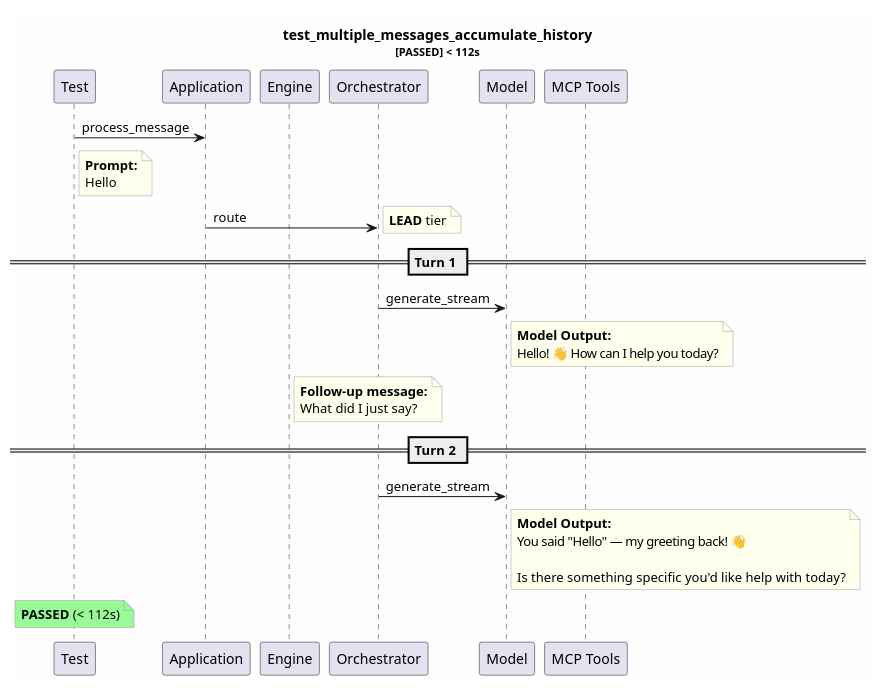
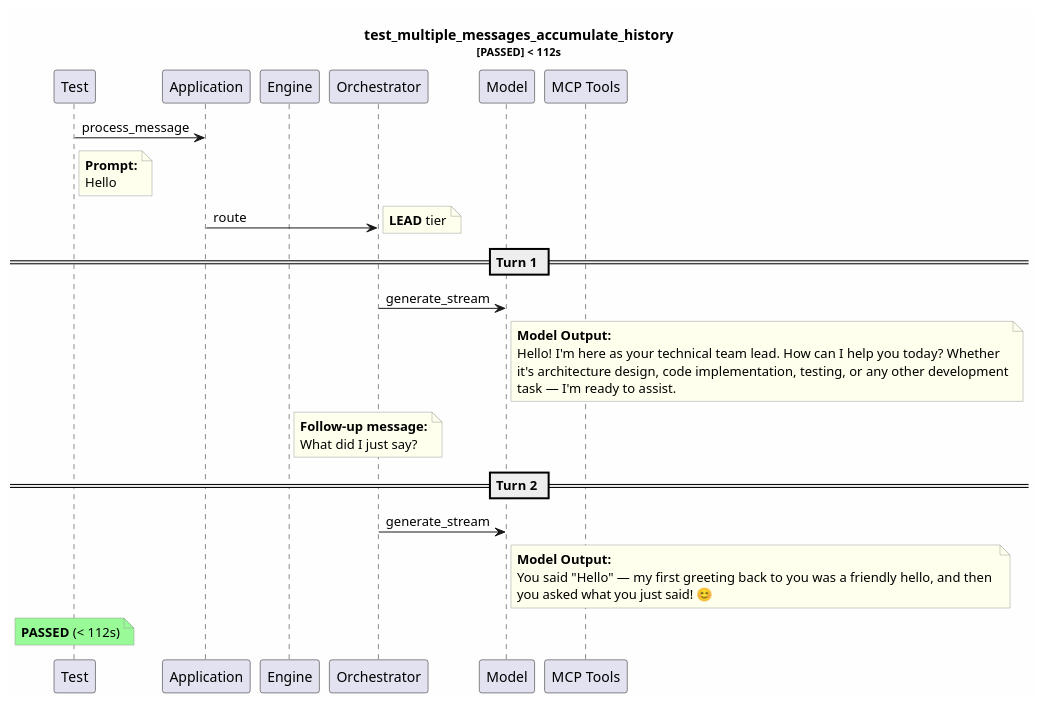
Before and after one commit to tvanfossen/entropic: the diagram in test-reports/logs/test_multiple_messages_accumulate_history/test_multiple_messages_accumulate_history.puml, drawn with PlantUML. The commit also changed 11 other files, not shown here.

```diff
--- a/test-reports/logs/test_multiple_messages_accumulate_history/test_multiple_messages_accumulate_history.puml
+++ b/test-reports/logs/test_multiple_messages_accumulate_history/test_multiple_messages_accumulate_history.puml
@@ -1,43 +1,44 @@
 @startuml
 skinparam backgroundColor #FEFEFE
 skinparam noteBorderColor #999999
 skinparam noteBackgroundColor #FFFFEE
 title test_multiple_messages_accumulate_history\n<size:11>[PASSED] < 112s</size>
 
 participant "Test" as T
 participant "Application" as App
 participant "Engine" as Eng
 participant "Orchestrator" as Orch
 participant "Model" as Mdl
 participant "MCP Tools" as MCP
 
 T -> App: process_message
 note right of T
   **Prompt:**
   Hello
 end note
 App -> Orch: route
 note right: **LEAD** tier
 == Turn 1 ==
 Orch -> Mdl: generate_stream
 note right of Mdl
   **Model Output:**
-  Hello! 👋 How can I help you today?
+  Hello! I'm here as your technical team lead. How can I help you today? Whether 
+  it's architecture design, code implementation, testing, or any other development
+  task — I'm ready to assist.
 end note
 note right of Eng
   **Follow-up message:**
   What did I just say?
 end note
 == Turn 2 ==
 Orch -> Mdl: generate_stream
 note right of Mdl
   **Model Output:**
-  You said "Hello" — my greeting back! 👋
-  
-  Is there something specific you'd like help with today?
+  You said "Hello" — my first greeting back to you was a friendly hello, and then 
+  you asked what you just said! 😊
 end note
 note over T #palegreen
   **PASSED** (< 112s)
 end note
 
 @enduml
```
